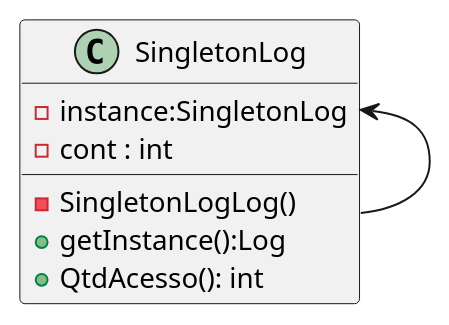
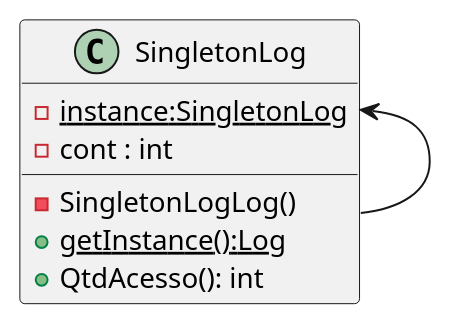
One commit to GuiMendespy/pp26_1-202321250017 changed the diagram in ExercicioSingleton.puml. Above: the diagram before and after it, drawn with PlantUML.

Commit message:
imagem correta

```diff
--- a/ExercicioSingleton.puml
+++ b/ExercicioSingleton.puml
@@ -1,12 +1,12 @@
 @startuml
 
 class SingletonLog {
-  -instance:SingletonLog
+  {static} -instance:SingletonLog
   -cont : int
   -SingletonLogLog()
-  +getInstance():Log
+  {static} +getInstance():Log
   +QtdAcesso(): int
 }
 
 SingletonLog -up-> SingletonLog 
 @enduml
```
